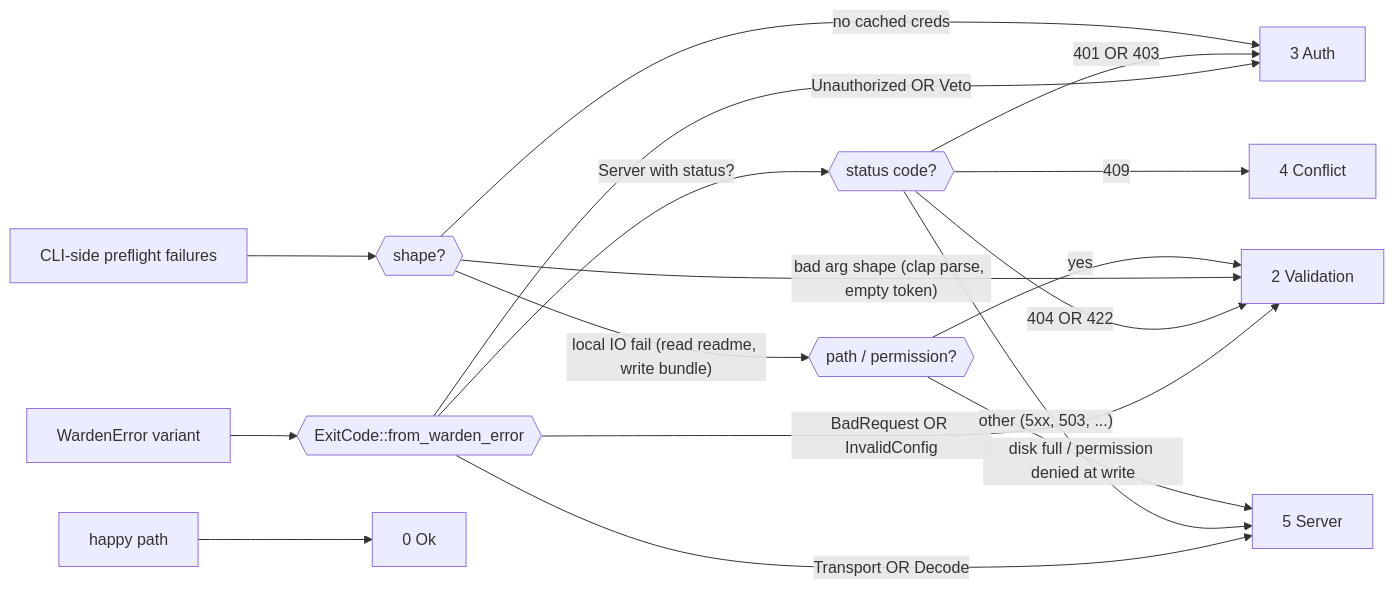
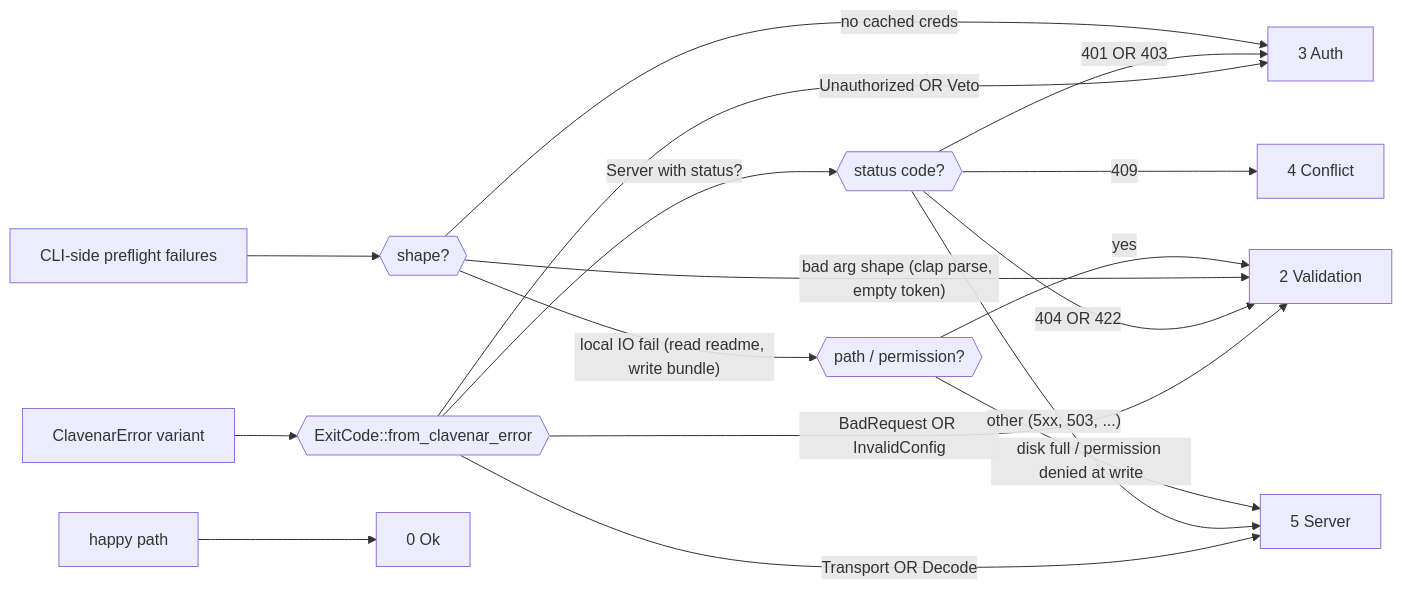
Before and after one commit to clavenar/clavenar-ctl: the sixth of 6 diagrams in docs/SEQUENCES.md, drawn with Mermaid. The commit also changed other lines of this file and 28 other files, not shown here.

First line of the commit message:
rename product Agent Warden → Clavenar

````diff
--- a/docs/SEQUENCES.md
+++ b/docs/SEQUENCES.md
@@ -445,21 +445,21 @@
 ```mermaid
 flowchart LR
-    err["WardenError variant"] --> mapper{{"ExitCode::from_warden_error"}}
+    err["ClavenarError variant"] --> mapper{{"ExitCode::from_clavenar_error"}}
     mapper -- "Unauthorized OR Veto" --> auth["3 Auth"]
     mapper -- "BadRequest OR InvalidConfig" --> val["2 Validation"]
     mapper -- "Transport OR Decode" --> serv["5 Server"]
     mapper -- "Server with status?" --> srvstatus{{"status code?"}}
     srvstatus -- "401 OR 403" --> auth
     srvstatus -- "404 OR 422" --> val
     srvstatus -- "409" --> conflict["4 Conflict"]
     srvstatus -- "other (5xx, 503, ...)" --> serv
 
     cli["CLI-side preflight failures"] --> cliMap{{"shape?"}}
     cliMap -- "bad arg shape (clap parse, empty token)" --> val
     cliMap -- "no cached creds" --> auth
     cliMap -- "local IO fail (read readme, write bundle)" --> ioMap{{"path / permission?"}}
     ioMap -- "yes" --> val
     ioMap -- "disk full / permission denied at write" --> serv
 
     success["happy path"] --> ok["0 Ok"]
 ```
````
